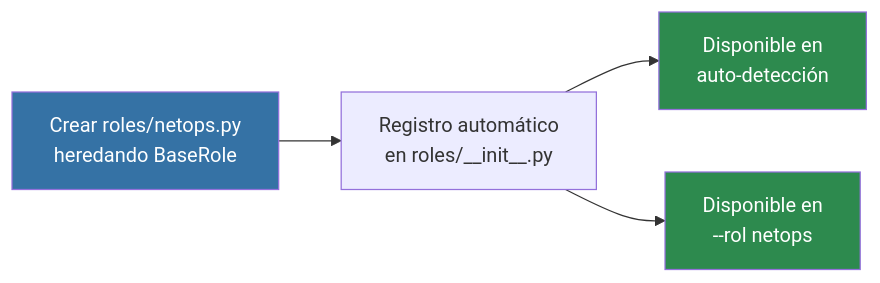
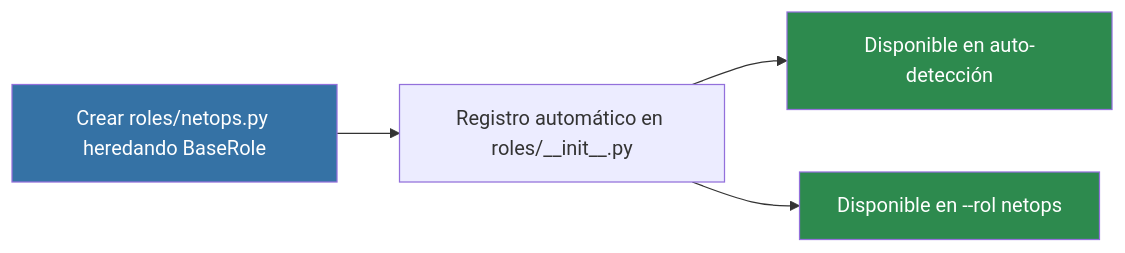
Before and after one commit to Ka0s-Klaus/ka0s: the seventh of 7 diagrams in core/docs/ka0s_agent_ai/07_query_flow.md, drawn with Mermaid. The commit also changed other lines of this file and 2 other files, not shown here.

Commit message:
docs: fix mermaid syntax errors in agent ai documentation

````diff
--- a/core/docs/ka0s_agent_ai/07_query_flow.md
+++ b/core/docs/ka0s_agent_ai/07_query_flow.md
@@ -292,10 +292,10 @@
 ```mermaid
 flowchart LR
-    A["Crear roles/netops.py<br>heredando BaseRole"] --> B["Registro automático<br>en roles/__init__.py"]
-    B --> C["Disponible en<br>auto-detección"]
-    B --> D["Disponible en<br>--rol netops"]
+    A["Crear roles/netops.py heredando BaseRole"] --> B["Registro automático en roles/__init__.py"]
+    B --> C["Disponible en auto-detección"]
+    B --> D["Disponible en --rol netops"]
 
     style A fill:#3572A5,color:#fff
     style C fill:#2d8a4e,color:#fff
     style D fill:#2d8a4e,color:#fff
 ```
````
